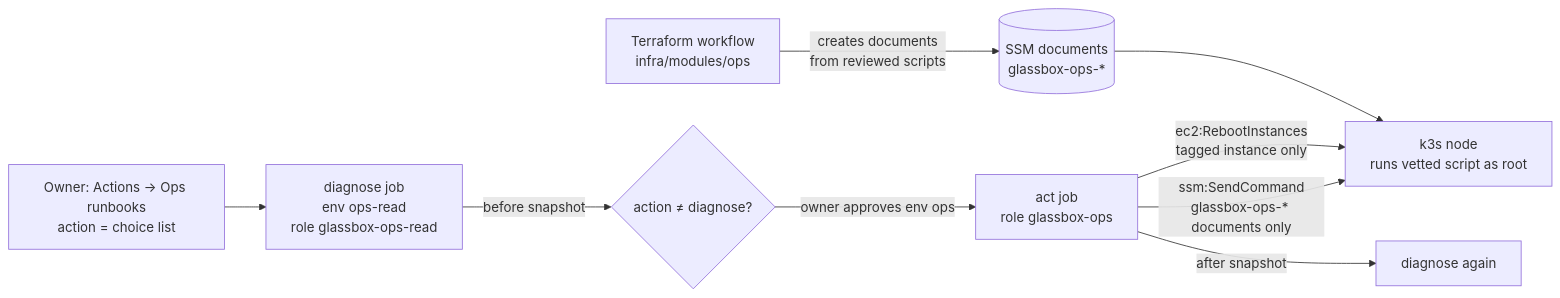
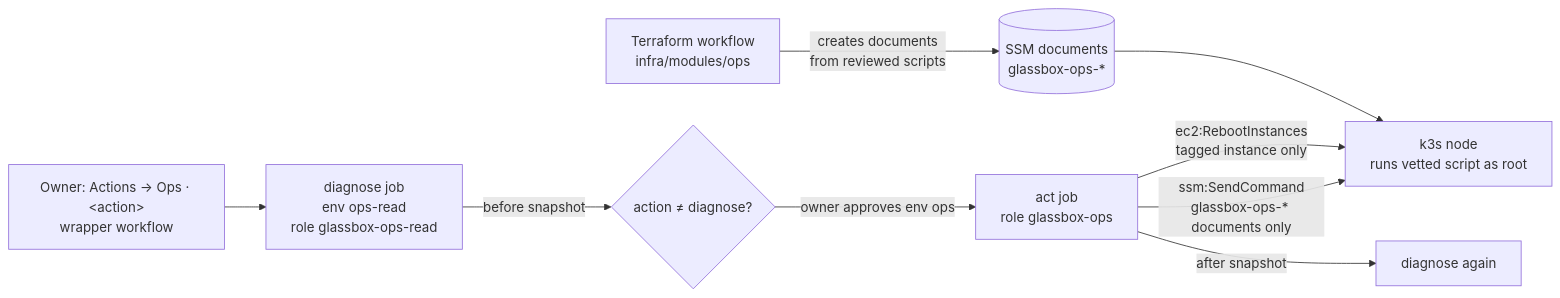
The diagram in project/status/2026-09-30-ops-runbooks.md (hacka-tron/basel.engineering), drawn with Mermaid before and after one commit. The commit also changed other lines of this file, not shown here.

First line of the commit message:
docs(status): ops runbooks report describes the per-action workflows

````diff
--- a/project/status/2026-09-30-ops-runbooks.md
+++ b/project/status/2026-09-30-ops-runbooks.md
@@ -20,11 +20,11 @@
 ```mermaid
 flowchart LR
-    O[Owner: Actions → Ops runbooks<br/>action = choice list] --> D[diagnose job<br/>env ops-read<br/>role glassbox-ops-read]
+    O[Owner: Actions → Ops · &lt;action&gt;<br/>wrapper workflow] --> D[diagnose job<br/>env ops-read<br/>role glassbox-ops-read]
     D -->|before snapshot| A{action ≠ diagnose?}
     A -->|owner approves env ops| J[act job<br/>role glassbox-ops]
     J -->|ssm:SendCommand<br/>glassbox-ops-* documents only| N[k3s node<br/>runs vetted script as root]
     J -->|ec2:RebootInstances<br/>tagged instance only| N
     J -->|after snapshot| D2[diagnose again]
     TF[Terraform workflow<br/>infra/modules/ops] -->|creates documents<br/>from reviewed scripts| SSM[(SSM documents<br/>glassbox-ops-*)]
     SSM --> N
 ```
````
